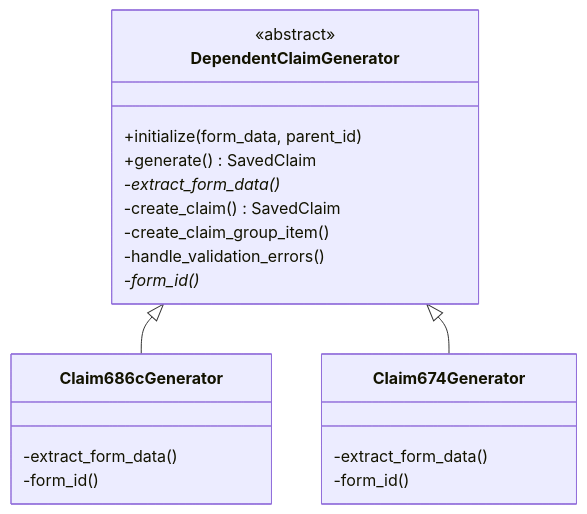
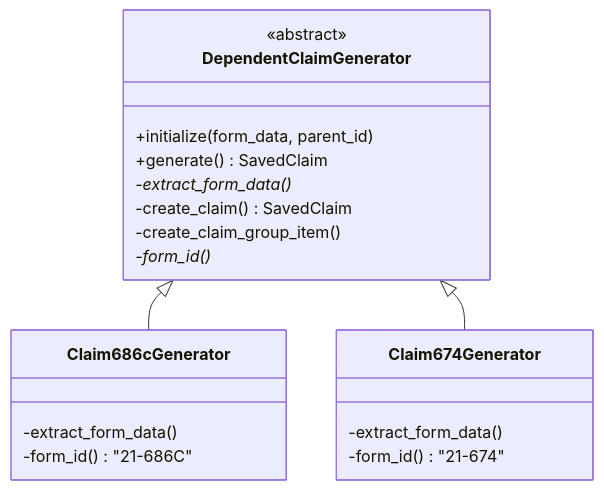
One commit to department-of-veterans-affairs/vets-api changed the second of 4 diagrams in modules/dependents_benefits/documentation/data_flow_diagrams/class_diagrams.md. Above: the diagram before and after it, drawn with Mermaid. The commit also changed other lines of this file and 7 other files, not shown here.

````diff
--- a/modules/dependents_benefits/documentation/data_flow_diagrams/class_diagrams.md
+++ b/modules/dependents_benefits/documentation/data_flow_diagrams/class_diagrams.md
@@ -16,26 +16,25 @@
 ```mermaid
 classDiagram
     class DependentClaimGenerator {
         <<abstract>>
         +initialize(form_data, parent_id)
         +generate() SavedClaim
         -extract_form_data()*
         -create_claim() SavedClaim
         -create_claim_group_item()
-        -handle_validation_errors()
         -form_id()*
     }
 
     class Claim686cGenerator {
         -extract_form_data()
-        -form_id()
+        -form_id() "21-686C"
     }
 
     class Claim674Generator {
         -extract_form_data()
-        -form_id()
+        -form_id() "21-674"
     }
 
     DependentClaimGenerator <|-- Claim686cGenerator
     DependentClaimGenerator <|-- Claim674Generator
 ```
````
